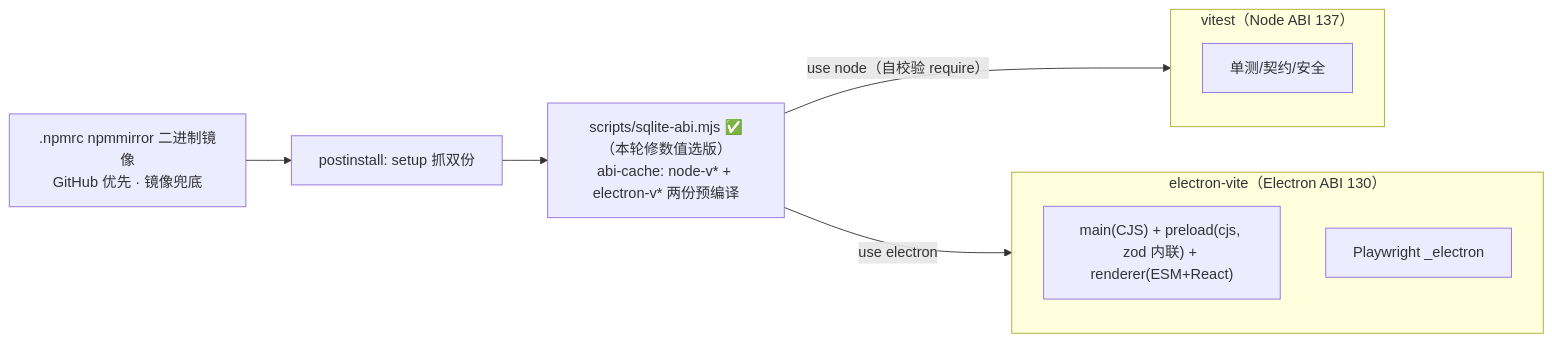
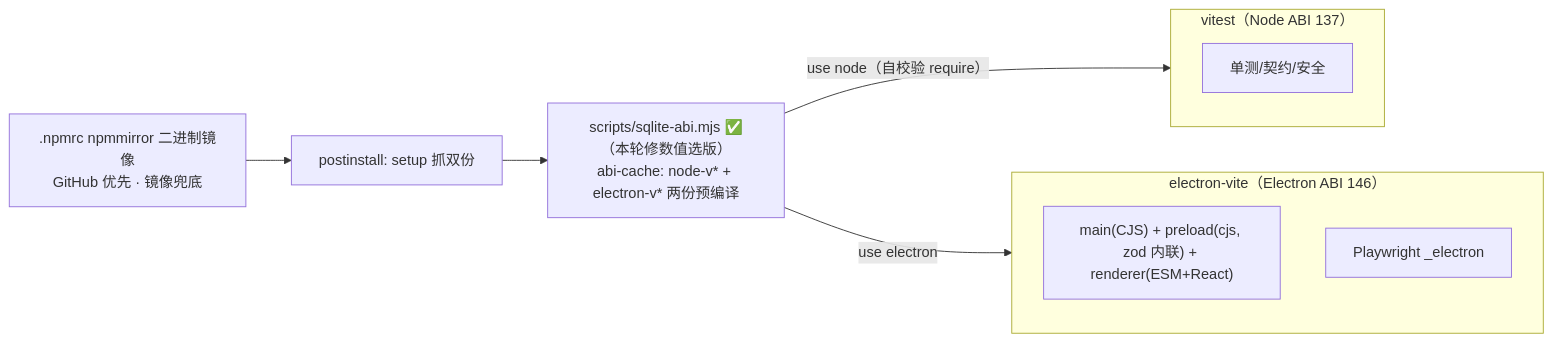
One commit to yyx20040712/Synapse changed the eighth of 8 diagrams in docs/architecture.md. Above: the diagram before and after it, drawn with Mermaid. The commit also changed 4 other files, not shown here.

Commit message:
docs: Phase 3 前置两门回写——ADR-0006 升级执行记录 / ADR-0002 spike 决策门通过 / ROADMAP 基线与勾选 / AGENTS+图纸环境事实

````diff
--- a/docs/architecture.md
+++ b/docs/architecture.md
@@ -226,16 +226,16 @@
 ```mermaid
 flowchart LR
   subgraph NODE["vitest（Node ABI 137）"]
     UT["单测/契约/安全"]
   end
-  subgraph ELEC["electron-vite（Electron ABI 130）"]
+  subgraph ELEC["electron-vite（Electron ABI 146）"]
     BUILD2["main(CJS) + preload(cjs, zod 内联) + renderer(ESM+React)"]
     E2E["Playwright _electron"]
   end
   ABI["scripts/sqlite-abi.mjs ✅（本轮修数值选版）<br/>abi-cache: node-v* + electron-v* 两份预编译"]
   POST["postinstall: setup 抓双份"]
   POST --> ABI
   ABI -->|"use node（自校验 require）"| NODE
   ABI -->|"use electron"| ELEC
   NPMRC[".npmrc npmmirror 二进制镜像<br/>GitHub 优先 · 镜像兜底"] --> POST
 ```
````
